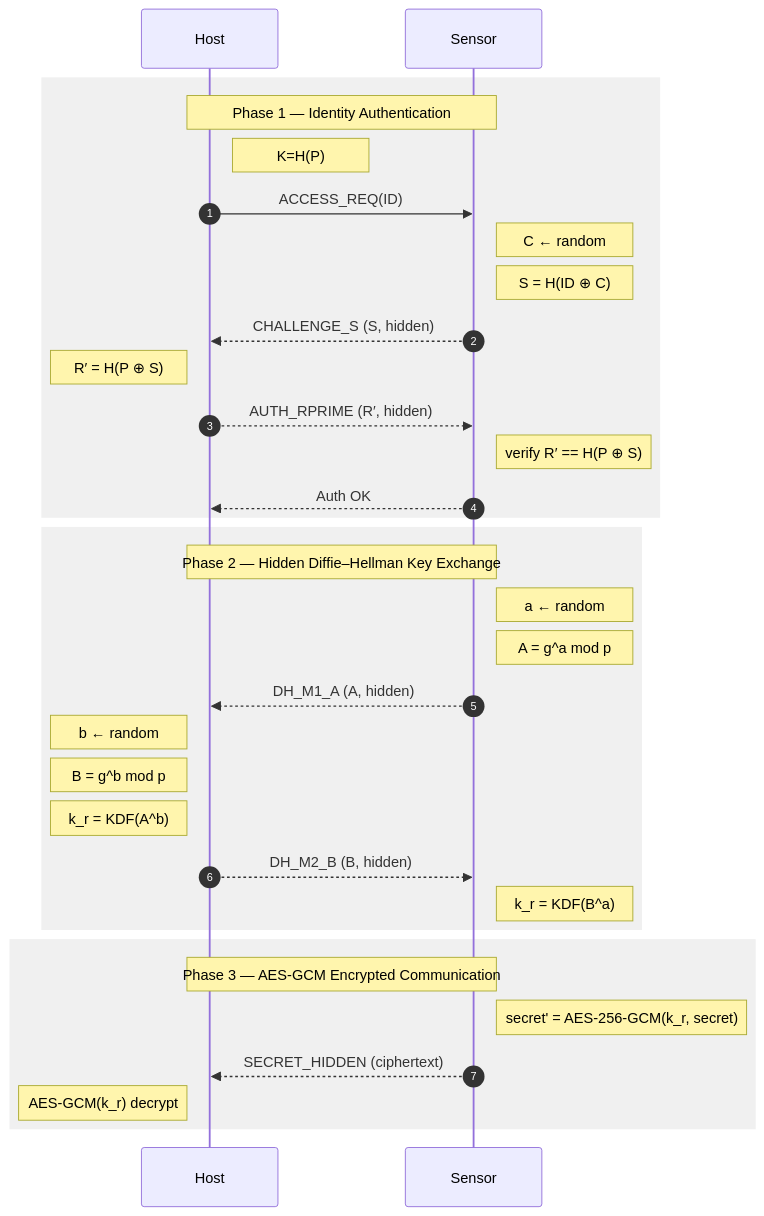
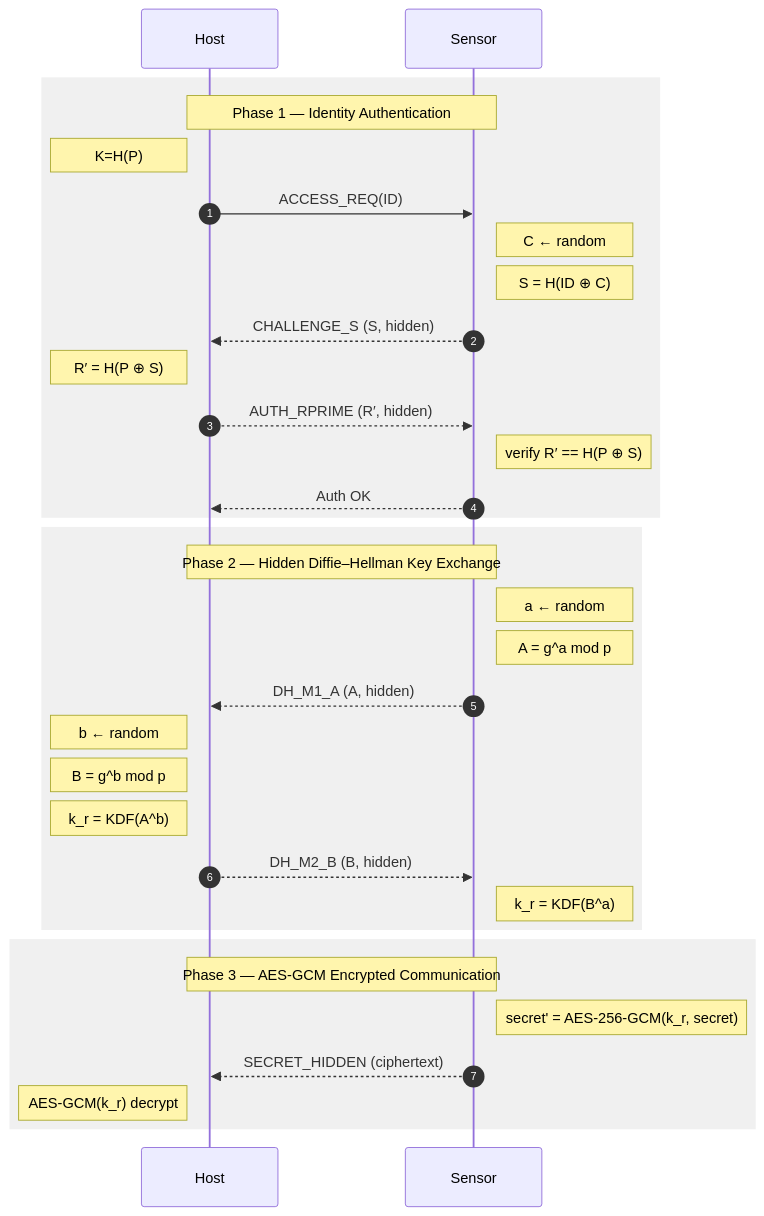
One commit to TracerWWW/iodraw-files changed the diagram in all/KR.md. Above: the diagram before and after it, drawn with Mermaid.

Commit message:
2026-02-06 00:38:25 update

````diff
--- a/all/KR.md
+++ b/all/KR.md
@@ -1,62 +1,62 @@
 ```mermaid
 sequenceDiagram
     autonumber
     participant Host
     participant Sensor
 
     %% =========================
     %% Phase 1: Identity Authentication
     %% =========================
     rect rgb(240,240,240)
     Note over Host,Sensor: Phase 1 — Identity Authentication
 
-    Note right of Host: K=H(P)
+    Note left of Host: K=H(P)
 
     Host->>Sensor: ACCESS_REQ(ID)
 
     Note right of Sensor: C ← random
     Note right of Sensor: S = H(ID ⊕ C)
 
     Sensor-->>Host: CHALLENGE_S (S, hidden)
 
     Note left of Host: R′ = H(P ⊕ S)
 
     Host-->>Sensor: AUTH_RPRIME (R′, hidden)
 
     Note right of Sensor: verify R′ == H(P ⊕ S)
     Sensor-->>Host: Auth OK
     end
 
     %% =========================
     %% Phase 2: DH Key Exchange
     %% =========================
     rect rgb(240,240,240)
     Note over Host,Sensor: Phase 2 — Hidden Diffie–Hellman Key Exchange
 
     Note right of Sensor: a ← random
     Note right of Sensor: A = g^a mod p
 
     Sensor-->>Host: DH_M1_A (A, hidden)
 
     Note left of Host: b ← random
     Note left of Host: B = g^b mod p
     Note left of Host: k_r = KDF(A^b)
 
     Host-->>Sensor: DH_M2_B (B, hidden)
 
     Note right of Sensor: k_r = KDF(B^a)
     end
 
     %% =========================
     %% Phase 3: Secure Communication
     %% =========================
     rect rgb(240,240,240)
     Note over Host,Sensor: Phase 3 — AES-GCM Encrypted Communication
 
     Note right of Sensor: secret' = AES-256-GCM(k_r, secret)
 
     Sensor-->>Host: SECRET_HIDDEN (ciphertext)
 
     Note left of Host: AES-GCM(k_r) decrypt
     end
 ```
````
